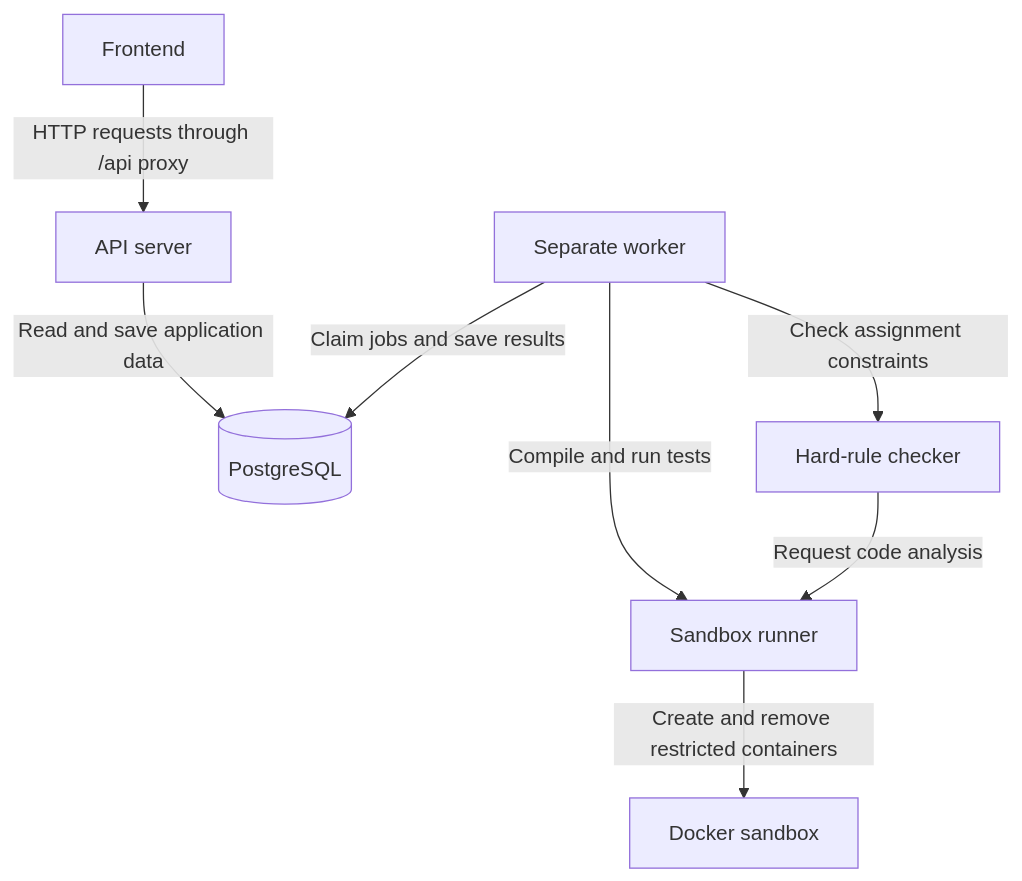
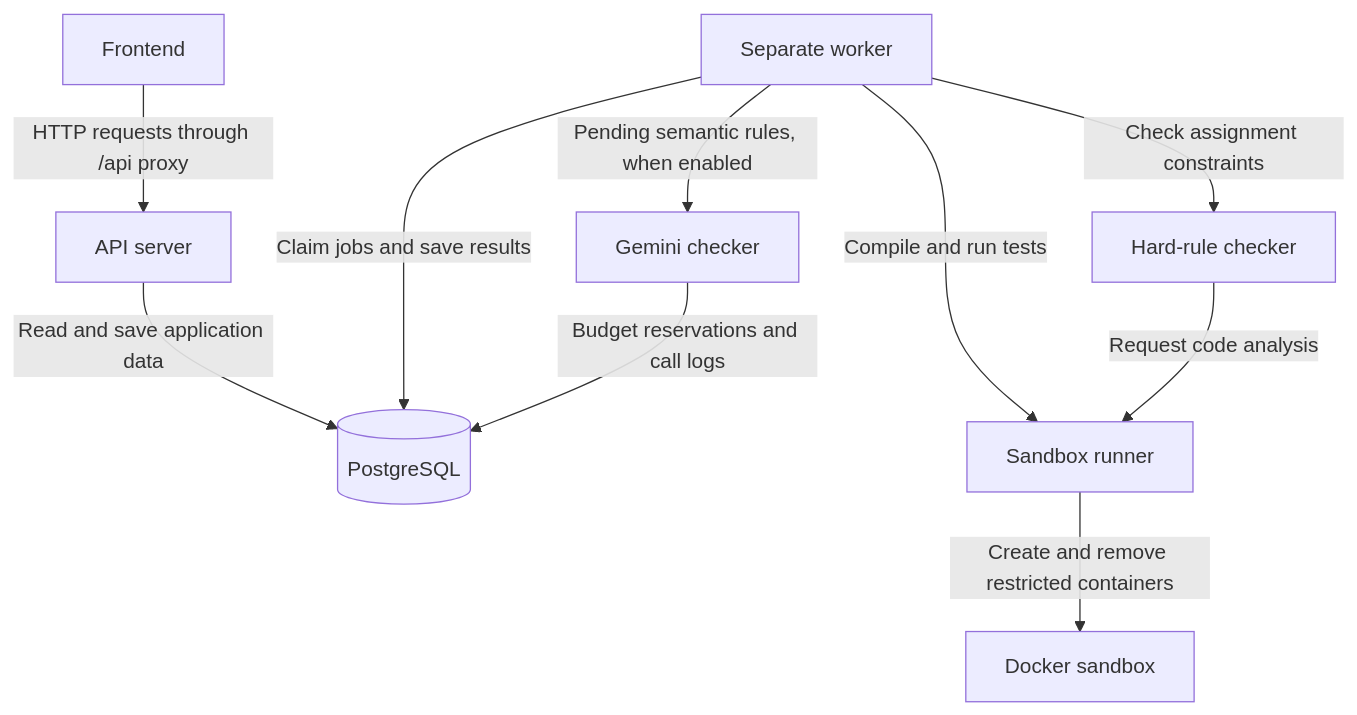
The diagram in docs/BACKEND.md (AWAD-K23/AWAD-LeeTKOB), drawn with Mermaid before and after one commit. The commit also changed other lines of this file and 19 other files, not shown here.

Commit message:
feat(pa3): integrate semantic worker checks with durable lab budgets

````diff
--- a/docs/BACKEND.md
+++ b/docs/BACKEND.md
@@ -11,10 +11,12 @@
 ```mermaid
 flowchart TD
     Browser[Frontend] -->|HTTP requests through /api proxy| API[API server]
     API -->|Read and save application data| DB[(PostgreSQL)]
     Worker[Separate worker] -->|Claim jobs and save results| DB
     Worker -->|Compile and run tests| Runner[Sandbox runner]
     Worker -->|Check assignment constraints| Rules[Hard-rule checker]
     Rules -->|Request code analysis| Runner
+    Worker -->|Pending semantic rules, when enabled| Model[Gemini checker]
+    Model -->|Budget reservations and call logs| DB
     Runner -->|Create and remove restricted containers| Docker[Docker sandbox]
 ```
````
